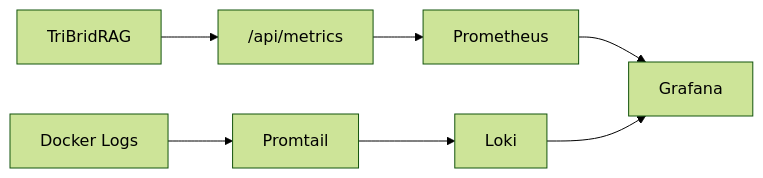
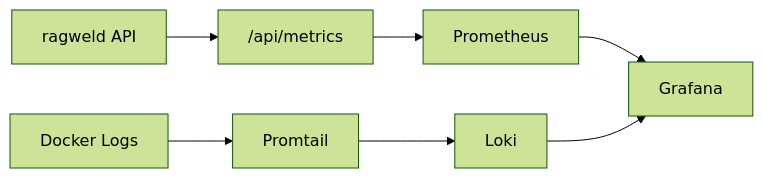
Before and after one commit to DMontgomery40/ragweld: the diagram in mkdocs/docs/observability.md, drawn with Mermaid (forest theme). The commit also changed other lines of this file and 8 other files, not shown here.

````diff
--- a/mkdocs/docs/observability.md
+++ b/mkdocs/docs/observability.md
@@ -47,9 +47,9 @@
 ```mermaid
 flowchart LR
-    App["TriBridRAG"] --> METRICS["/api/metrics"]
+    App["ragweld API"] --> METRICS["/api/metrics"]
     METRICS --> PROM["Prometheus"]
     PROM --> GRAF["Grafana"]
     LOGS["Docker Logs"] --> PROMTAIL["Promtail"]
     PROMTAIL --> LOKI["Loki"]
     LOKI --> GRAF
 ```
````
